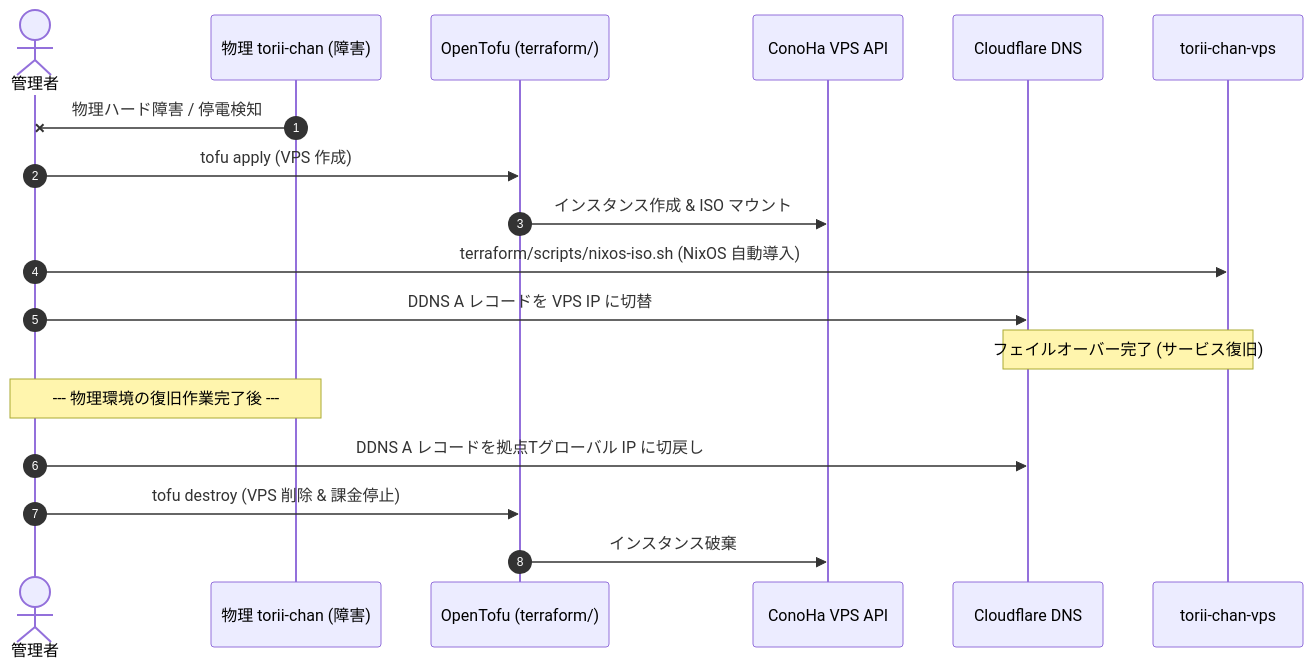
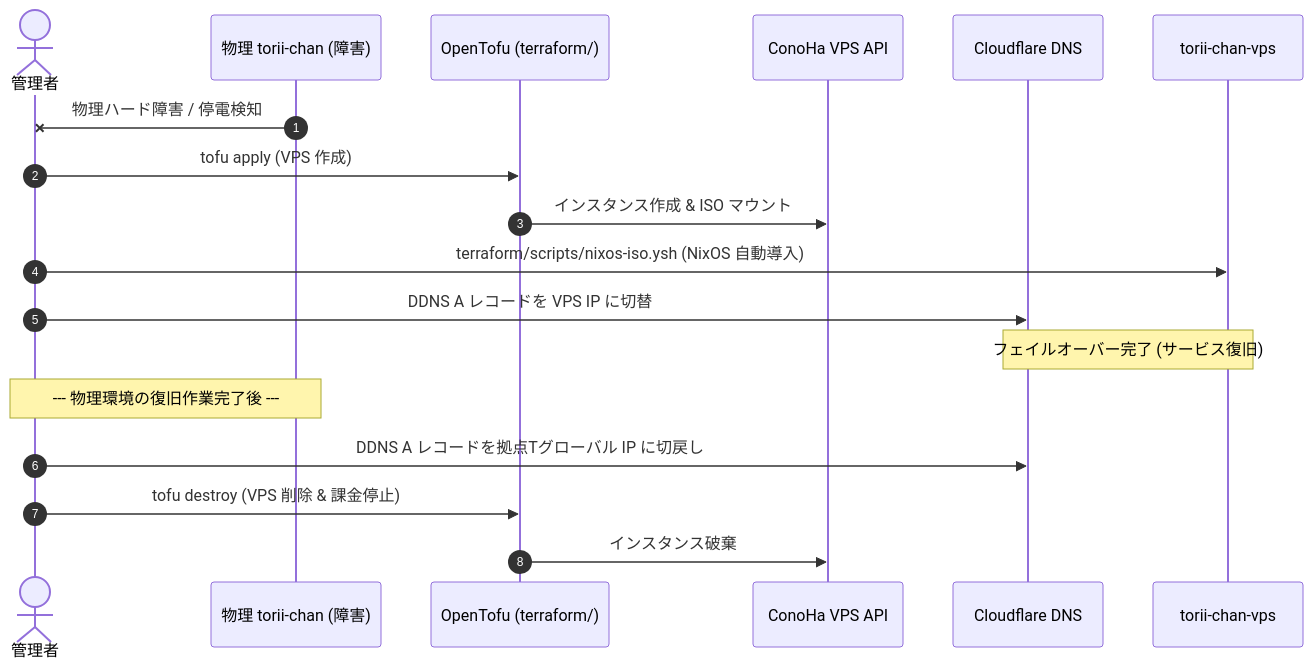
Before and after one commit to t3u-tsu/nix-config: the diagram in docs/operations/vps-failover.md, drawn with Mermaid. The commit also changed other lines of this file and 11 other files, not shown here.

````diff
--- a/docs/operations/vps-failover.md
+++ b/docs/operations/vps-failover.md
@@ -11,22 +11,22 @@
 ```mermaid
 sequenceDiagram
     autonumber
     actor Admin as 管理者
     participant SBC as 物理 torii-chan (障害)
     participant Tofu as OpenTofu (terraform/)
     participant ConoHa as ConoHa VPS API
     participant Cloudflare as Cloudflare DNS
     participant VPS as torii-chan-vps
 
     SBC-xAdmin: 物理ハード障害 / 停電検知
     Admin->>Tofu: tofu apply (VPS 作成)
     Tofu->>ConoHa: インスタンス作成 & ISO マウント
-    Admin->>VPS: terraform/scripts/nixos-iso.sh (NixOS 自動導入)
+    Admin->>VPS: terraform/scripts/nixos-iso.ysh (NixOS 自動導入)
     Admin->>Cloudflare: DDNS A レコードを VPS IP に切替
     Note over VPS,Cloudflare: フェイルオーバー完了 (サービス復旧)
 
     Note over SBC,Admin: --- 物理環境の復旧作業完了後 ---
     Admin->>Cloudflare: DDNS A レコードを拠点Tグローバル IP に切戻し
     Admin->>Tofu: tofu destroy (VPS 削除 & 課金停止)
     Tofu->>ConoHa: インスタンス破棄
 ```
````
